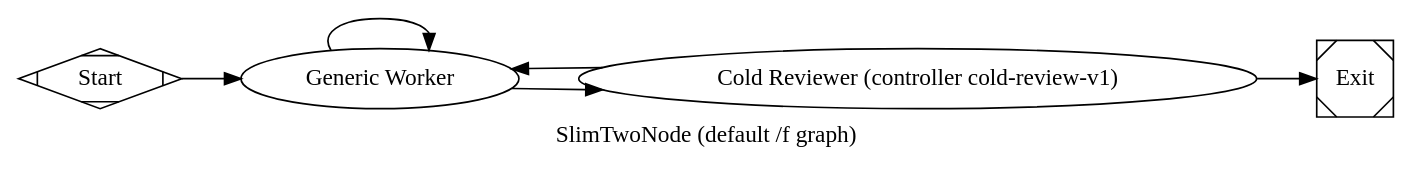
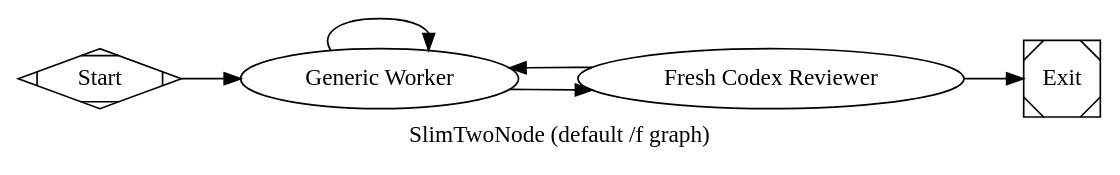
One commit to jleechanorg/dark-factory changed the diagram in pipelines/slim/two_node.dot. Above: the diagram before and after it, drawn with Graphviz. The commit also changed 14 other files, not shown here.

Commit message:
fix(factory): use fresh Codex reviewer loop [codex][gpt-5.6-sol]

```diff
--- a/pipelines/slim/two_node.dot
+++ b/pipelines/slim/two_node.dot
@@ -1,62 +1,59 @@
 // pipelines/slim/two_node.dot
 //
 // Default graph for `/f` (and `/factory`). Exactly two productive nodes:
 //   worker         — generic codergen; light prompt; does whatever the user asked.
-//   cold_reviewer  — controller-owned cold reviewer using the SHA-pinned
-//                    cold-review-v1 execution path (prompts/catalog/controller_cold_review_v1.md).
+//   cold_reviewer  — fresh, fully tooled Codex process in the coder worktree.
 //
 // Wiring:
 //   start -> worker -> cold_reviewer -> exit                (on success)
 //                          \-> worker                        (on failure, bounded max_visits=3)
 //
 // Backend routing:
 //   - worker          honors the run-level --backend (the coder tier the user
 //                     chose; default = whatever /f's Step 0.5 detector picks).
-//   - cold_reviewer   uses review_contract="cold-review-v1" and
-//                     backend_priority="codex" because the controller has
-//                     a receipt-capable transport only for Codex.
+//   - cold_reviewer   always launches a fresh Codex CLI session.
 //
 // Failure semantics:
 //   - cold_reviewer is goal_gate=true. On success the run exits.
 //   - On a real fail/partial verdict the runner routes back to worker directly.
 //     Worker handles iteration (max_visits=3). No separate fix node in this graph.
 
 digraph SlimTwoNode {
     graph [
-        goal="Generic worker does the user's task; controller-owned cold-review-v1 reviewer gates it. Slim default for /f."
+        goal="Generic worker does the user's task; a fresh Codex reviewer gates it. Slim default for /f."
         rankdir=LR
         label="SlimTwoNode (default /f graph)"
     ]
 
     start  [shape=Mdiamond, label="Start"]
     exit   [shape=Msquare,  label="Exit"]
 
     worker [
         type="codergen",
         label="Generic Worker",
         class="worker",
         prompt="@prompts/slim/worker.md",
         max_retries=2,
         max_visits="3",
         timeout=600
     ]
 
     cold_reviewer [
-        type="parallel_reviewer",
-        label="Cold Reviewer (controller cold-review-v1)",
+        type="codergen",
+        label="Fresh Codex Reviewer",
         class="review",
-        review_contract="cold-review-v1",
-        backend_priority="codex",
-        evidence_paths="evidence/worker-verification.json",
-        receipt_required="true",
+        backend="codex",
+        prompt="@prompts/slim/fresh_review.md",
+        verdict_gate="true",
+        fresh_session="true",
         goal_gate=true,
         timeout=600
     ]
 
     start -> worker
     worker -> cold_reviewer [condition="outcome=success"]
     worker -> worker        [condition="outcome!=success"]
 
     cold_reviewer -> exit   [condition="outcome=success"]
     cold_reviewer -> worker [condition="outcome!=success"]
 }
```
